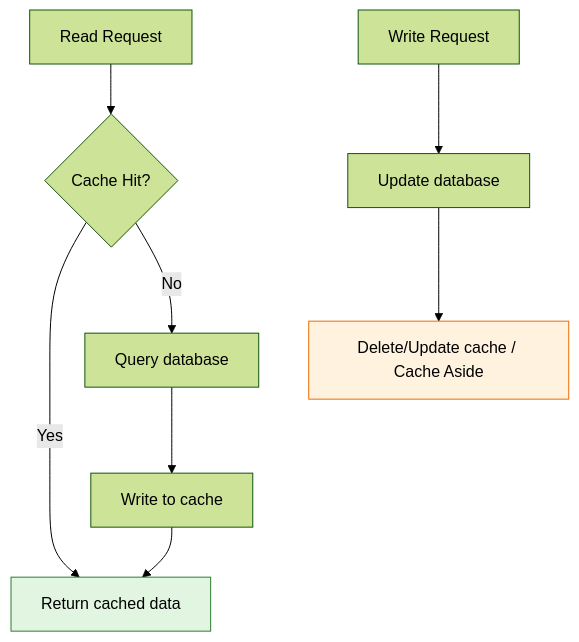
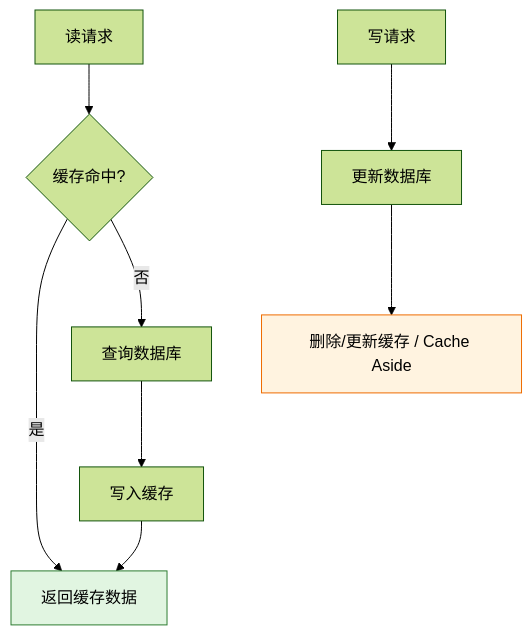
Before and after one commit to Kirky-X/cangjie: diagram 14 of 15 in templates/Product/Technology/Template-Architecture.md, drawn with Mermaid (forest theme). The commit also changed other lines of this file and 33 other files, not shown here.

````diff
--- a/templates/Product/Technology/Template-Architecture.md
+++ b/templates/Product/Technology/Template-Architecture.md
@@ -646,13 +646,13 @@
 ```mermaid
 flowchart TD
-    A[Read Request] --> B{Cache Hit?}
-    B -->|Yes| C[Return cached data]
-    B -->|No| D[Query database]
-    D --> E[Write to cache]
+    A[读请求] --> B{缓存命中?}
+    B -->|是| C[返回缓存数据]
+    B -->|否| D[查询数据库]
+    D --> E[写入缓存]
     E --> C
-    F[Write Request] --> G[Update database]
-    G --> H[Delete/Update cache / Cache Aside]
+    F[写请求] --> G[更新数据库]
+    G --> H[删除/更新缓存 / Cache Aside]
 
     style C fill:#e1f5e1,stroke:#2e7d32
     style H fill:#fff3e0,stroke:#ef6c00
 ```
````
